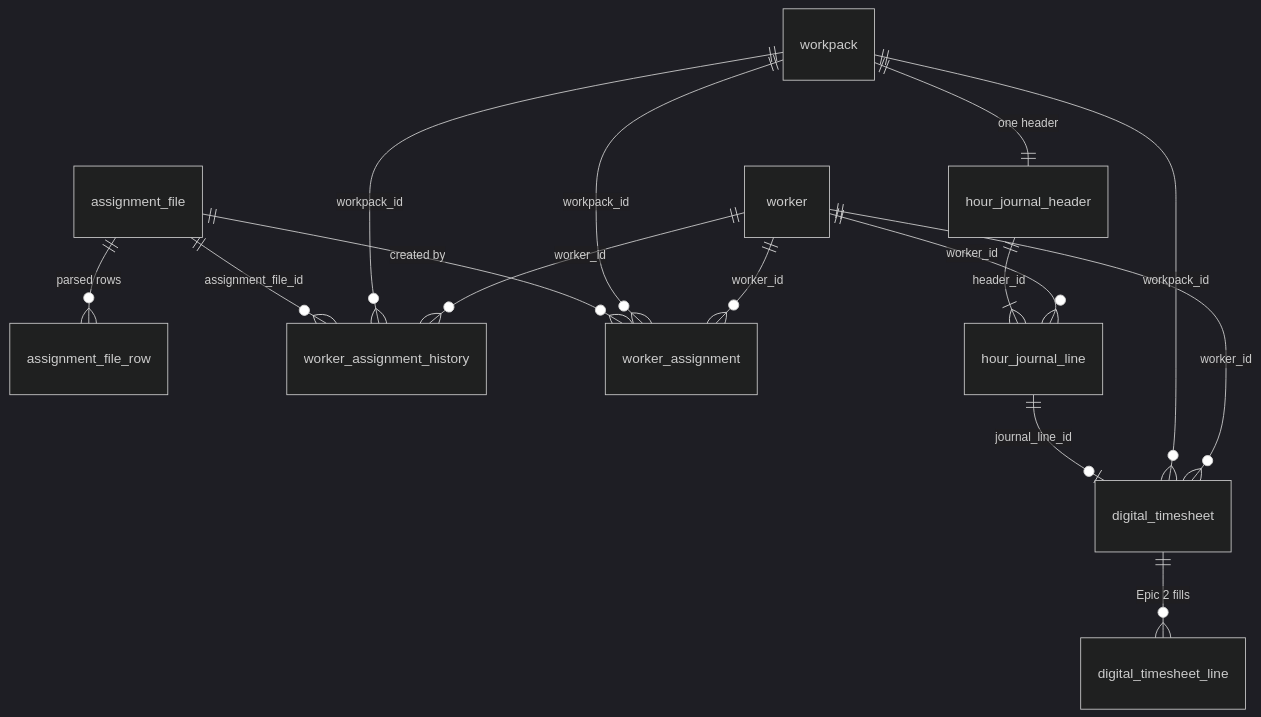
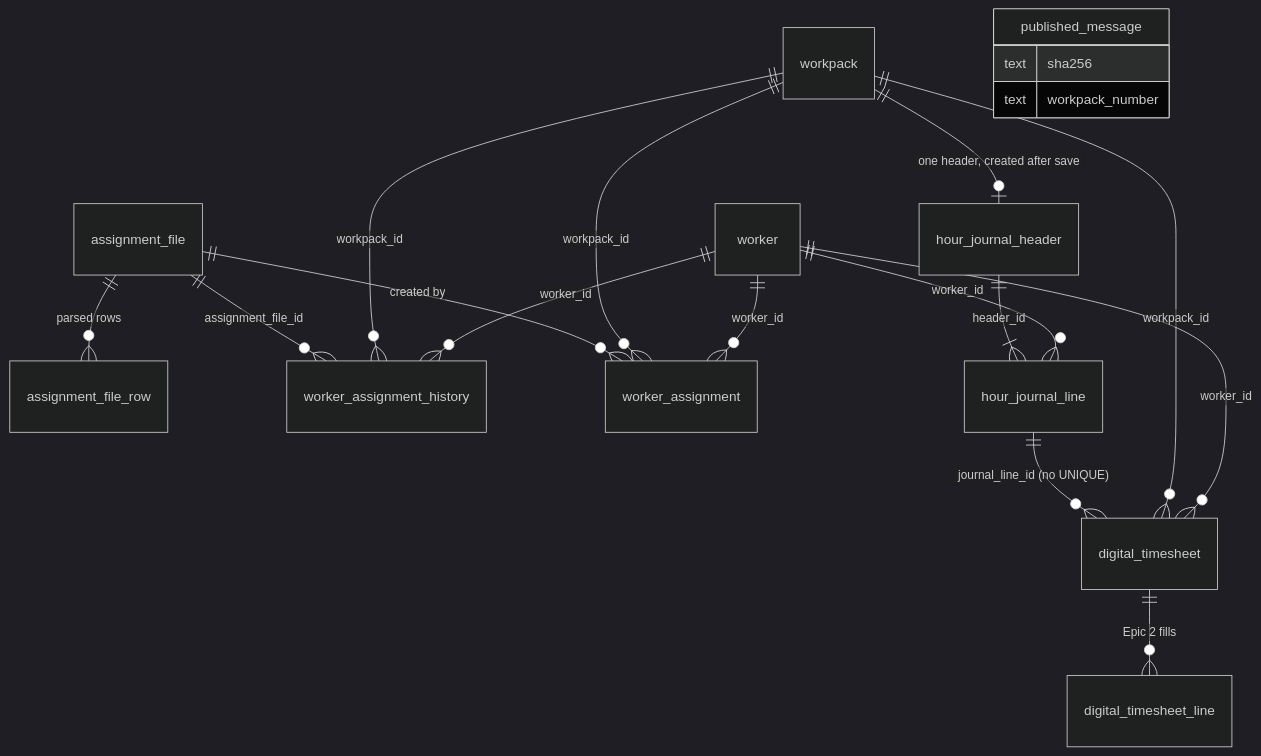
Before and after one commit to Low-Code-Solutions/star-bpa-poc: the third of 4 diagrams in docs/data-model.md, drawn with Mermaid (dark theme). The commit also changed other lines of this file and 2 other files, not shown here.

````diff
--- a/docs/data-model.md
+++ b/docs/data-model.md
@@ -193,17 +244,21 @@
 ```mermaid
 erDiagram
     assignment_file ||--o{ assignment_file_row : "parsed rows"
     assignment_file ||--o{ worker_assignment_history : "assignment_file_id"
     assignment_file ||--o{ worker_assignment : "created by"
     workpack ||--o{ worker_assignment : "workpack_id"
     worker ||--o{ worker_assignment : "worker_id"
     workpack ||--o{ worker_assignment_history : "workpack_id"
     worker ||--o{ worker_assignment_history : "worker_id"
-    workpack ||--|| hour_journal_header : "one header"
+    workpack ||--o| hour_journal_header : "one header, created after save"
     hour_journal_header ||--|{ hour_journal_line : "header_id"
     worker ||--o{ hour_journal_line : "worker_id"
-    hour_journal_line ||--o| digital_timesheet : "journal_line_id"
+    hour_journal_line ||--o{ digital_timesheet : "journal_line_id (no UNIQUE)"
     workpack ||--o{ digital_timesheet : "workpack_id"
     worker ||--o{ digital_timesheet : "worker_id"
     digital_timesheet ||--o{ digital_timesheet_line : "Epic 2 fills"
+    published_message {
+        text sha256
+        text workpack_number
+    }
 ```
````
